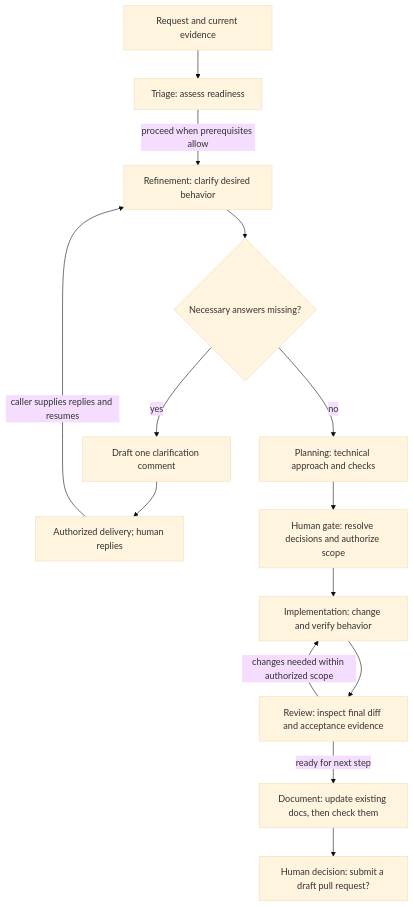
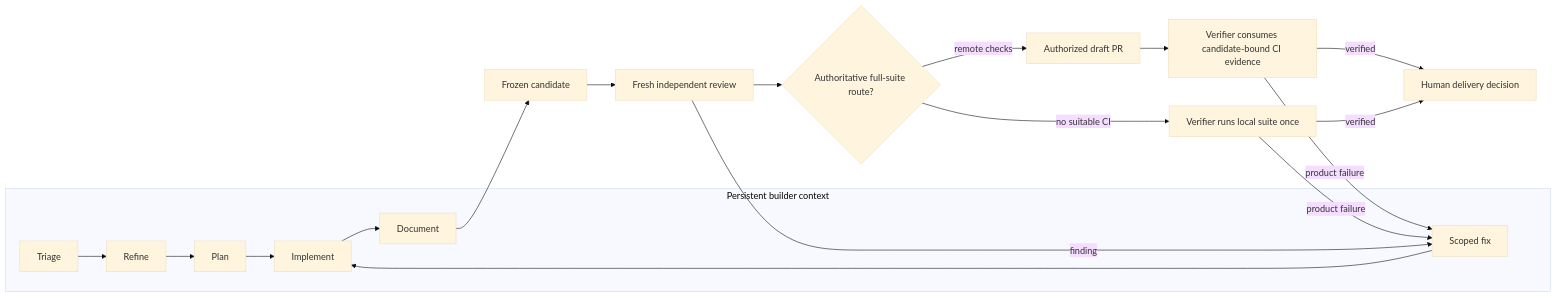
One commit to thecarbonlayer/software-factory changed the second of 2 diagrams in README.md. Above: the diagram before and after it, drawn with Mermaid (base theme). The commit also changed other lines of this file and 21 other files, not shown here.

````diff
--- a/README.md
+++ b/README.md
@@ -31,16 +31,18 @@
 ```mermaid
-flowchart TD
-    R["Request and current evidence"] --> T["Triage: assess readiness"]
-    T -->|proceed when prerequisites allow| F["Refinement: clarify desired behavior"]
-    F --> Q{"Necessary answers missing?"}
-    Q -->|yes| D["Draft one clarification comment"]
-    D --> H["Authorized delivery; human replies"]
-    H -->|caller supplies replies and resumes| F
-    Q -->|no| P["Planning: technical approach and checks"]
-    P --> G["Human gate: resolve decisions and authorize scope"]
-    G --> I["Implementation: change and verify behavior"]
-    I --> V["Review: inspect final diff and acceptance evidence"]
-    V -->|changes needed within authorized scope| I
-    V -->|ready for next step| O["Document: update existing docs, then check them"]
-    O --> N["Human decision: submit a draft pull request?"]
+flowchart LR
+    subgraph B["Persistent builder context"]
+      T["Triage"] --> F["Refine"] --> P["Plan"] --> I["Implement"] --> D["Document"]
+      X["Scoped fix"] --> I
+    end
+    D --> C["Frozen candidate"]
+    C --> R["Fresh independent review"]
+    R -->|finding| X
+    R --> Q{"Authoritative full-suite route?"}
+    Q -->|remote checks| PR["Authorized draft PR"]
+    PR --> V["Verifier consumes candidate-bound CI evidence"]
+    Q -->|no suitable CI| L["Verifier runs local suite once"]
+    V -->|product failure| X
+    L -->|product failure| X
+    V -->|verified| H["Human delivery decision"]
+    L -->|verified| H
 ```
````
